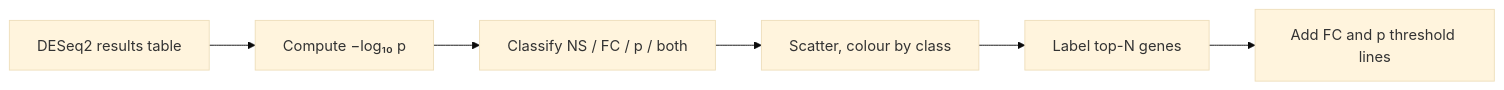
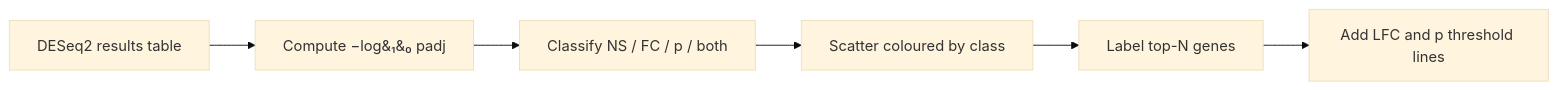
One commit to loukesio/dataviz-genomicsdata changed the first of 9 diagrams in slides/slides.qmd. Above: the diagram before and after it, drawn with Mermaid (base theme). The commit also changed other lines of this file, not shown here.

````diff
--- a/slides/slides.qmd
+++ b/slides/slides.qmd
@@ -77,8 +99,8 @@
 ```{mermaid}
 flowchart LR
-    A[DESeq2 results table] --> B[Compute −log₁₀ p]
+    A[DESeq2 results table] --> B[Compute &minus;log&#8321;&#8320; padj]
     B --> C[Classify NS / FC / p / both]
-    C --> D[Scatter, colour by class]
+    C --> D[Scatter coloured by class]
     D --> E[Label top-N genes]
-    E --> F[Add FC and p threshold lines]
+    E --> F[Add LFC and p threshold lines]
 ```
````
